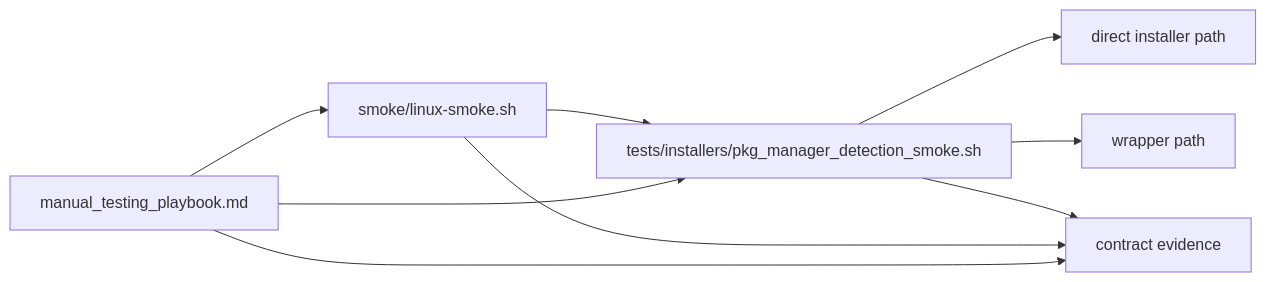
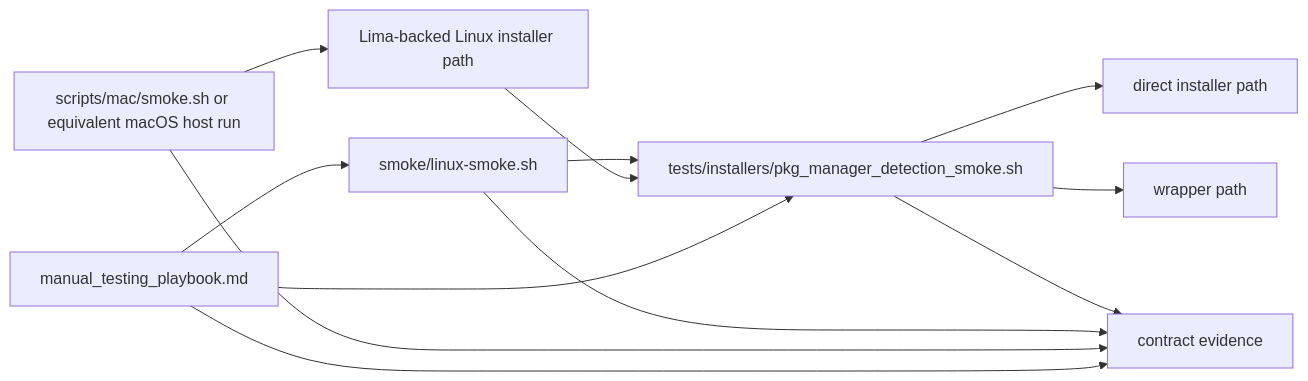
Before and after one commit to atomize-hq/substrate: the third of 4 diagrams in docs/project_management/packs/draft/best-effort-distro-package-manager-fse/review_surfaces.md, drawn with Mermaid. The commit also changed other lines of this file and 10 other files, not shown here.

Commit message:
Require macOS Lima-backed installer coverage in FSE pack

````diff
--- a/docs/project_management/packs/draft/best-effort-distro-package-manager-fse/review_surfaces.md
+++ b/docs/project_management/packs/draft/best-effort-distro-package-manager-fse/review_surfaces.md
@@ -39,11 +39,14 @@
 ```mermaid
 flowchart LR
   Harness["tests/installers/pkg_manager_detection_smoke.sh"] --> Installer["direct installer path"]
   Harness --> Wrapper["wrapper path"]
   Smoke["smoke/linux-smoke.sh"] --> Harness
+  MacSmoke["scripts/mac/smoke.sh or equivalent macOS host run"] --> Lima["Lima-backed Linux installer path"]
+  Lima --> Harness
   Playbook["manual_testing_playbook.md"] --> Smoke
   Playbook --> Harness
   Harness --> Evidence["contract evidence"]
   Smoke --> Evidence
+  MacSmoke --> Evidence
   Playbook --> Evidence
 ```
````
